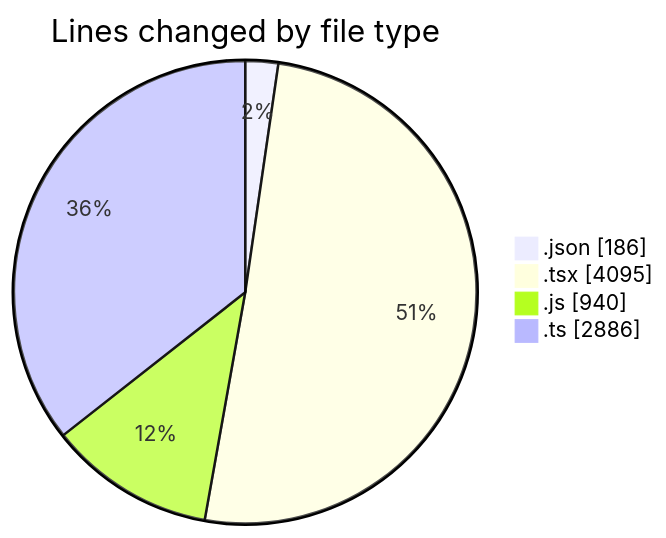
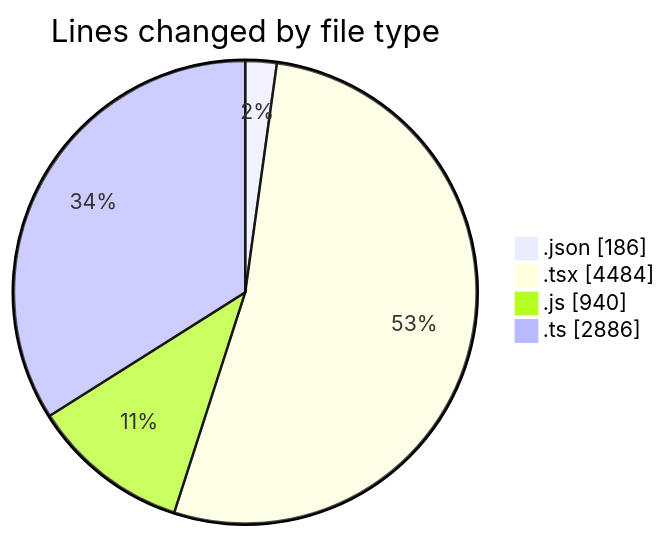
Before and after one commit to momahboobian/code-tracking: the first of 2 diagrams in 2026-07-14/cda/README.md, drawn with Mermaid. The commit also changed other lines of this file and 1 other file, not shown here.

````diff
--- a/2026-07-14/cda/README.md
+++ b/2026-07-14/cda/README.md
@@ -53,8 +53,8 @@
 ```mermaid
 pie showData
 title Lines changed by file type
 ".json" : 186
-".tsx" : 4095
+".tsx" : 4484
 ".js" : 940
 ".ts" : 2886
 ```
````
